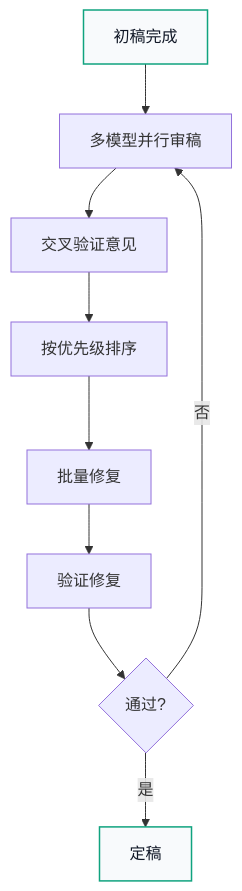
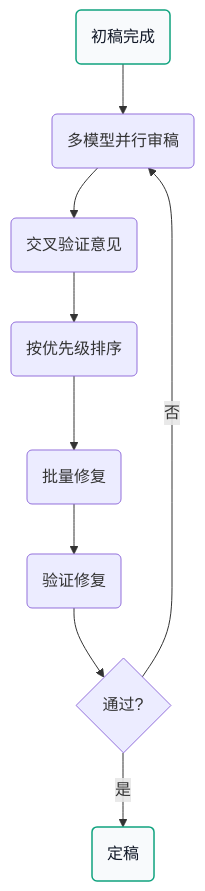
The first of 2 diagrams in src/content/docs/review/structured.mdx (yiweinanzi/ai-research-ebook), drawn with Mermaid before and after one commit. The commit also changed other lines of this file and 12 other files, not shown here.

First line of the commit message:
fix: Mermaid diagrams - remove Chinese punctuation parsing issues

````diff
--- a/src/content/docs/review/structured.mdx
+++ b/src/content/docs/review/structured.mdx
@@ -12,14 +12,16 @@
 ```mermaid
 flowchart TD
-    A[初稿完成] --> B[多模型并行审稿]
-    B --> C[交叉验证意见]
-    C --> D[按优先级排序]
-    D --> E[批量修复]
-    E --> F[验证修复]
+    A(初稿完成) --> B(多模型并行审稿)
+    B --> C(交叉验证意见)
+    C --> D(按优先级排序)
+    D --> E(批量修复)
+    E --> F(验证修复)
     F --> G{通过?}
     G -->|否| B
-    G -->|是| H[定稿]
+    G -->|是| H(定稿)
 
     classDef key fill:#f8fafc,stroke:#10a37f,stroke-width:1.5px,color:#111827
     class A,H key
+
+
 ```
````
